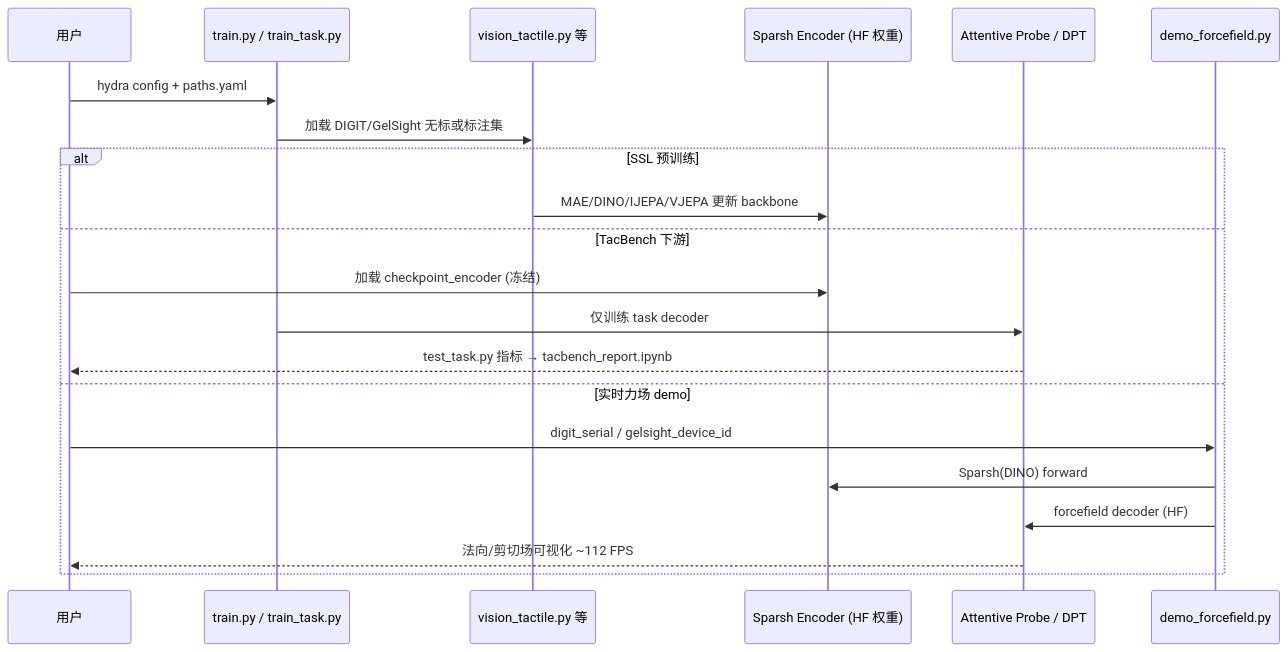
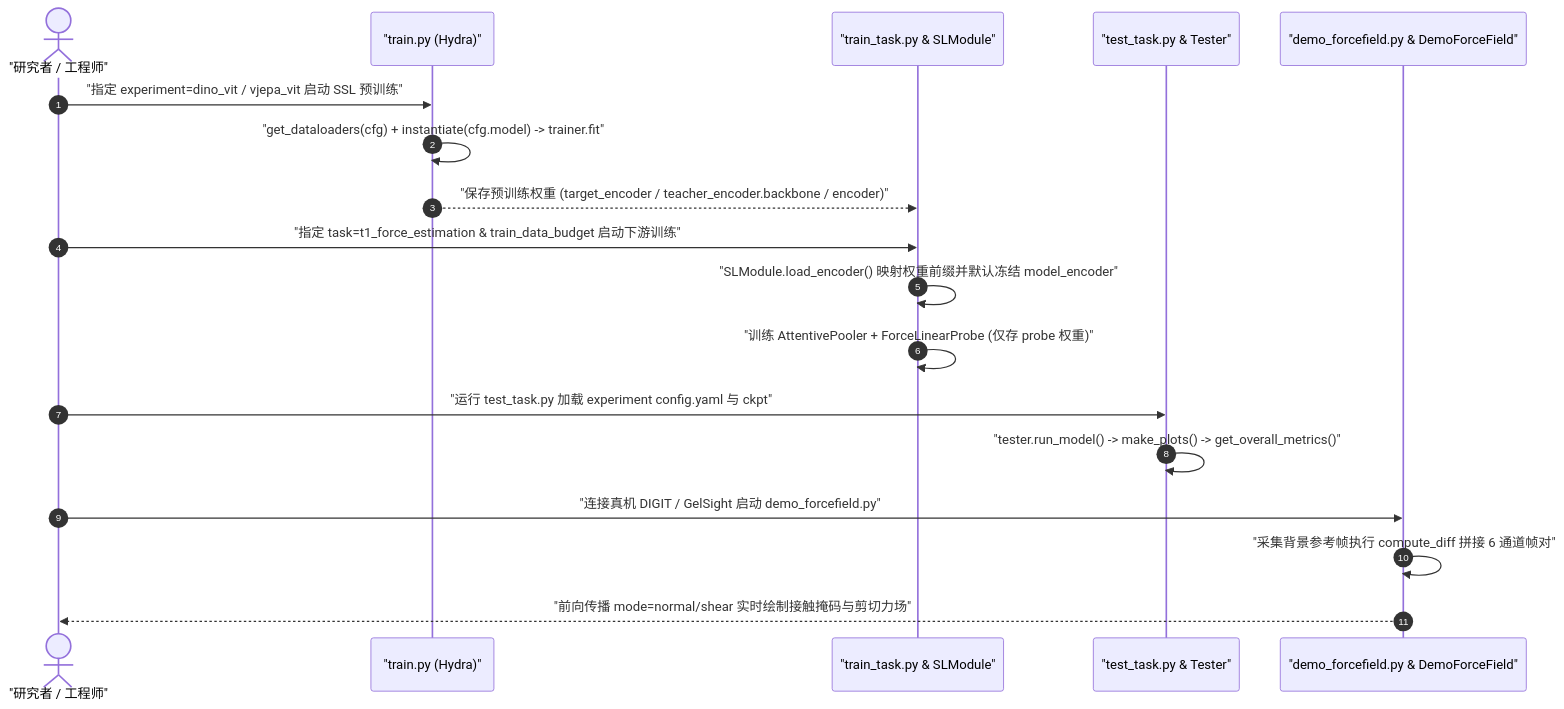
The second of 2 diagrams in wiki/entities/paper-sparsh.md (ImChong/Robotics_Notebooks), drawn with Mermaid before and after one commit. The commit also changed other lines of this file and 151 other files, not shown here.

````diff
--- a/wiki/entities/paper-sparsh.md
+++ b/wiki/entities/paper-sparsh.md
@@ -148,24 +146,21 @@
 ```mermaid
 sequenceDiagram
-  participant User as 用户
-  participant Train as train.py / train_task.py
-  participant Data as vision_tactile.py 等
-  participant Enc as Sparsh Encoder (HF 权重)
-  participant Probe as Attentive Probe / DPT
-  participant Demo as demo_forcefield.py
+    autonumber
+    actor User as "研究者 / 工程师"
+    participant Pre as "train.py (Hydra)"
+    participant Task as "train_task.py & SLModule"
+    participant Eval as "test_task.py & Tester"
+    participant Demo as "demo_forcefield.py & DemoForceField"
 
-  User->>Train: hydra config + paths.yaml
-  Train->>Data: 加载 DIGIT/GelSight 无标或标注集
-  alt SSL 预训练
-    Data->>Enc: MAE/DINO/IJEPA/VJEPA 更新 backbone
-  else TacBench 下游
-    User->>Enc: 加载 checkpoint_encoder (冻结)
-    Train->>Probe: 仅训练 task decoder
-    Probe-->>User: test_task.py 指标 → tacbench_report.ipynb
-  else 实时力场 demo
-    User->>Demo: digit_serial / gelsight_device_id
-    Demo->>Enc: Sparsh(DINO) forward
-    Demo->>Probe: forcefield decoder (HF)
-    Probe-->>User: 法向/剪切场可视化 ~112 FPS
-  end
+    User->>Pre: "指定 experiment=dino_vit / vjepa_vit 启动 SSL 预训练"
+    Pre->>Pre: "get_dataloaders(cfg) + instantiate(cfg.model) -> trainer.fit"
+    Pre-->>Task: "保存预训练权重 (target_encoder / teacher_encoder.backbone / encoder)"
+    User->>Task: "指定 task=t1_force_estimation & train_data_budget 启动下游训练"
+    Task->>Task: "SLModule.load_encoder() 映射权重前缀并默认冻结 model_encoder"
+    Task->>Task: "训练 AttentivePooler + ForceLinearProbe (仅存 probe 权重)"
+    User->>Eval: "运行 test_task.py 加载 experiment config.yaml 与 ckpt"
+    Eval->>Eval: "tester.run_model() -> make_plots() -> get_overall_metrics()"
+    User->>Demo: "连接真机 DIGIT / GelSight 启动 demo_forcefield.py"
+    Demo->>Demo: "采集背景参考帧执行 compute_diff 拼接 6 通道帧对"
+    Demo-->>User: "前向传播 mode=normal/shear 实时绘制接触掩码与剪切力场"
 ```
````
